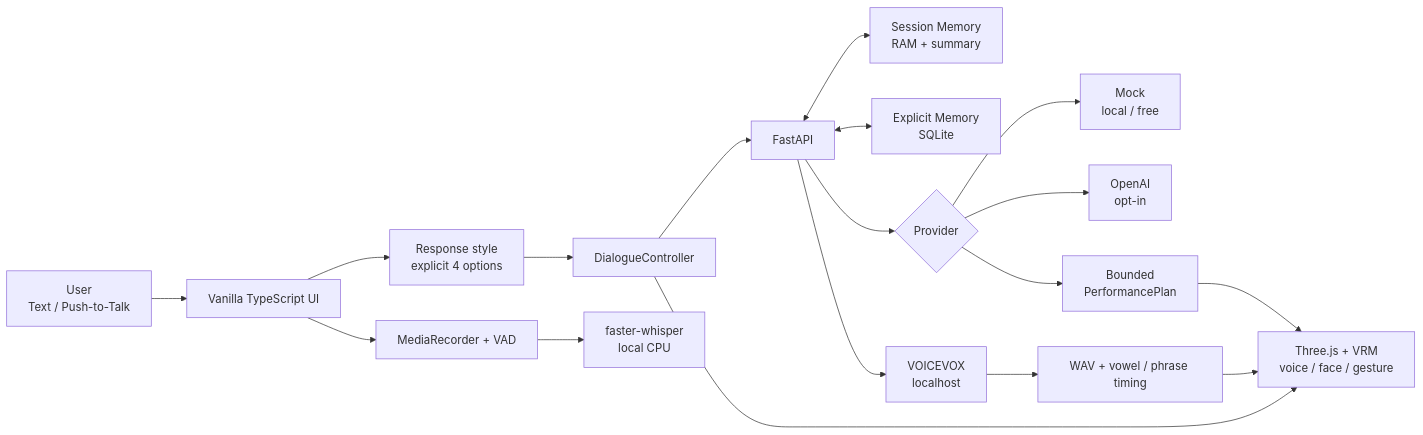
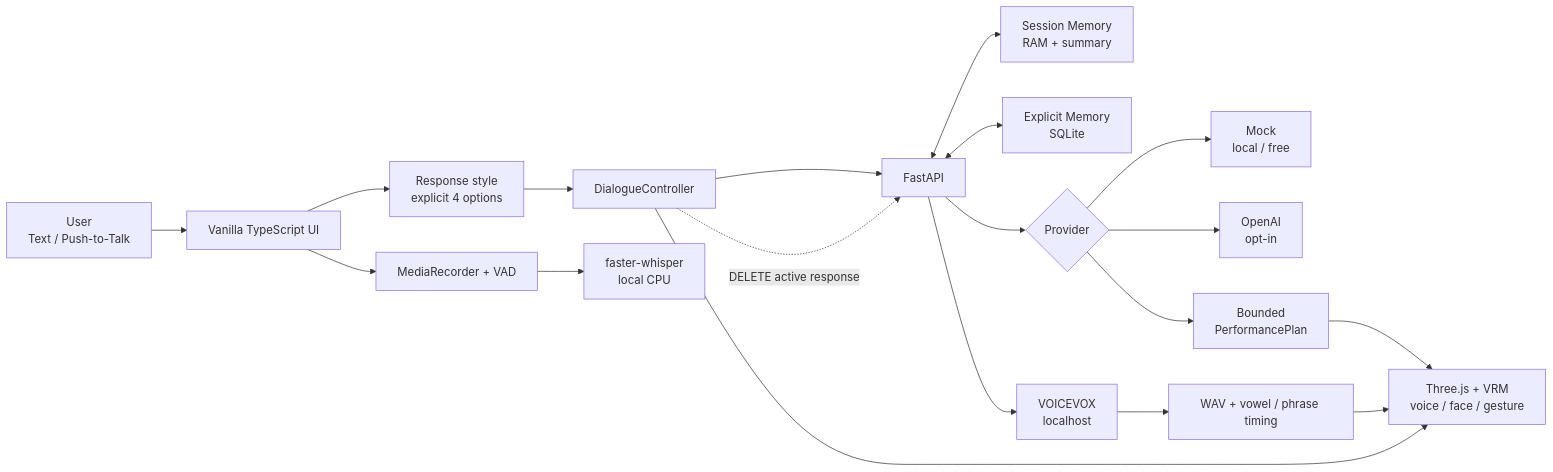
The diagram in README.md (yutoo77/adaptive-vrm-dialogue-agent), drawn with Mermaid before and after one commit. The commit also changed other lines of this file and 19 other files, not shown here.

````diff
--- a/README.md
+++ b/README.md
@@ -99,22 +100,23 @@
 ```mermaid
 flowchart LR
     User["User\nText / Push-to-Talk"] --> UI["Vanilla TypeScript UI"]
     UI --> Style["Response style\nexplicit 4 options"]
     Style --> Dialogue["DialogueController"]
     Dialogue --> API["FastAPI"]
+    Dialogue -. "DELETE active response" .-> API
     API <--> Session["Session Memory\nRAM + summary"]
     API <--> SQLite["Explicit Memory\nSQLite"]
     API --> Provider{"Provider"}
     Provider --> Mock["Mock\nlocal / free"]
     Provider --> OpenAI["OpenAI\nopt-in"]
     Provider --> Plan["Bounded\nPerformancePlan"]
 
     UI --> PTT["MediaRecorder + VAD"]
     PTT --> Whisper["faster-whisper\nlocal CPU"]
 
     API --> Voicevox["VOICEVOX\nlocalhost"]
     Voicevox --> Timing["WAV + vowel / phrase timing"]
     Timing --> Avatar["Three.js + VRM\nvoice / face / gesture"]
     Plan --> Avatar
     Dialogue --> Avatar
 ```
````
